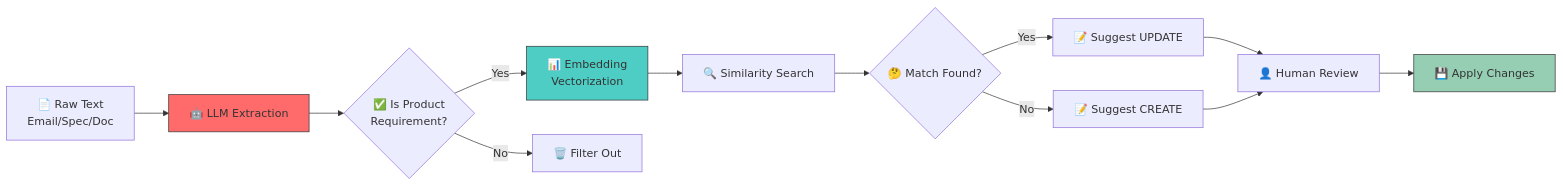
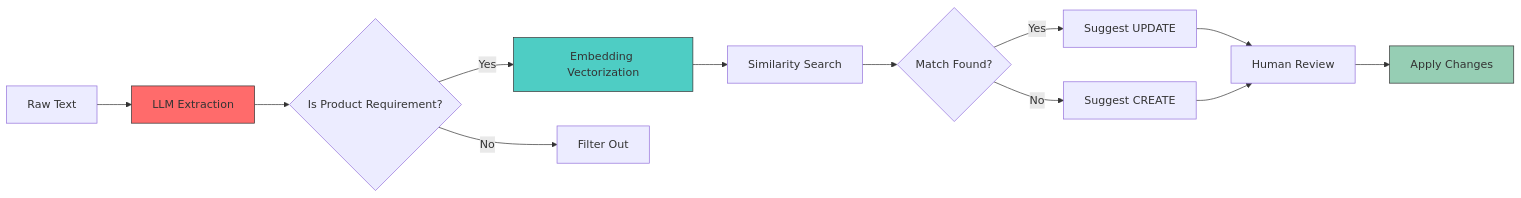
Before and after one commit to Vegitime-bot/Requirement_management: the third of 7 diagrams in docs/ARCHITECTURE.md, drawn with Mermaid. The commit also changed other lines of this file and 2 other files, not shown here.

````diff
--- a/docs/ARCHITECTURE.md
+++ b/docs/ARCHITECTURE.md
@@ -166,18 +165,18 @@
 ```mermaid
 flowchart LR
-    A["📄 Raw Text<br/>Email/Spec/Doc"] --> B["🤖 LLM Extraction"]
-    B --> C{"✅ Is Product<br/>Requirement?"}
-    C -->|Yes| D["📊 Embedding<br/>Vectorization"]
-    C -->|No| E["🗑️ Filter Out"]
-    D --> F["🔍 Similarity Search"]
-    F --> G{"🤔 Match Found?"}
-    G -->|Yes| H["📝 Suggest UPDATE"]
-    G -->|No| I["📝 Suggest CREATE"]
-    H --> J["👤 Human Review"]
+    A["Raw Text"] --> B["LLM Extraction"]
+    B --> C{"Is Product Requirement?"}
+    C -->|Yes| D["Embedding Vectorization"]
+    C -->|No| E["Filter Out"]
+    D --> F["Similarity Search"]
+    F --> G{"Match Found?"}
+    G -->|Yes| H["Suggest UPDATE"]
+    G -->|No| I["Suggest CREATE"]
+    H --> J["Human Review"]
     I --> J
-    J --> K["💾 Apply Changes"]
+    J --> K["Apply Changes"]
 
     style B fill:#FF6B6B,stroke:#333
     style D fill:#4ECDC4,stroke:#333
     style K fill:#96CEB4,stroke:#333
 ```
````
